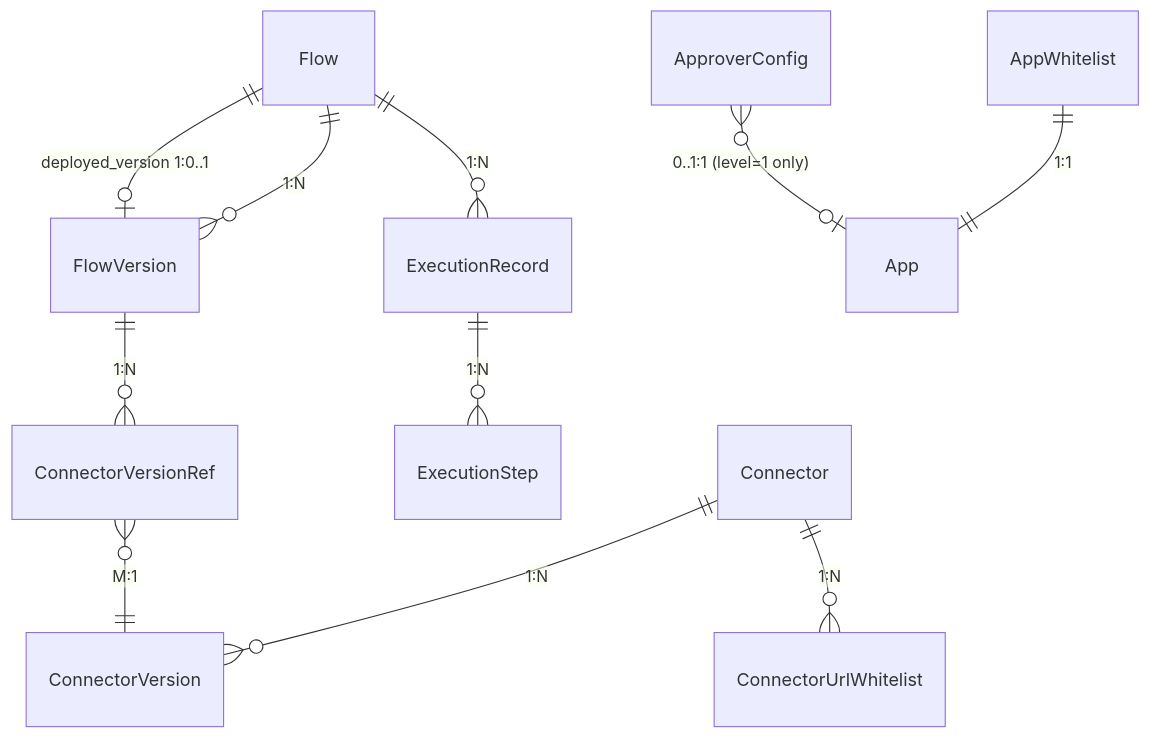
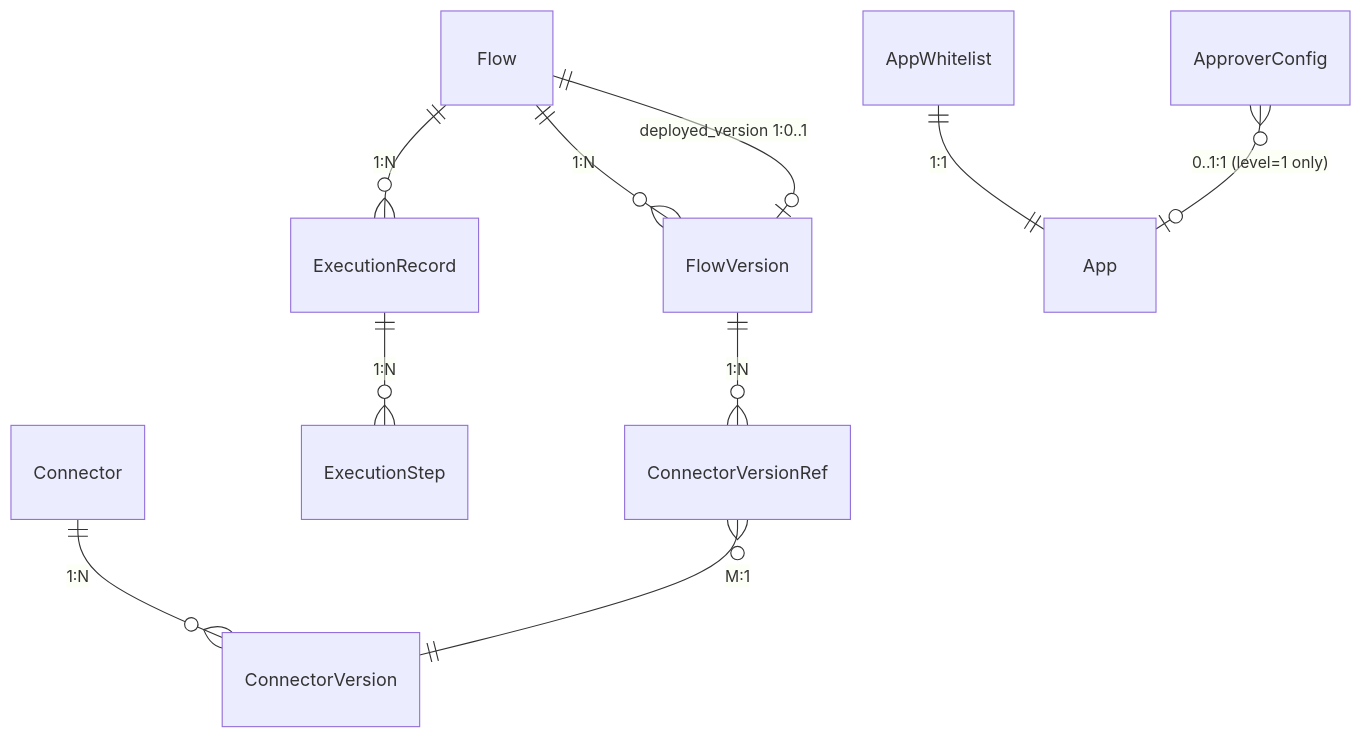
Before and after one commit to THZSummer/open-app: the diagram in .sddu/specs-tree-root/specs-tree-connector-platform-v2/plan-db.md, drawn with Mermaid. The commit also changed other lines of this file and 1 other file, not shown here.

````diff
--- a/.sddu/specs-tree-root/specs-tree-connector-platform-v2/plan-db.md
+++ b/.sddu/specs-tree-root/specs-tree-connector-platform-v2/plan-db.md
@@ -163,13 +162,12 @@
 ```mermaid
 erDiagram
     Connector ||--o{ ConnectorVersion : "1:N"
-    Connector ||--o{ ConnectorUrlWhitelist : "1:N"
     Flow ||--o{ FlowVersion : "1:N"
     Flow ||--o| FlowVersion : "deployed_version 1:0..1"
     Flow ||--o{ ExecutionRecord : "1:N"
     ExecutionRecord ||--o{ ExecutionStep : "1:N"
     FlowVersion ||--o{ ConnectorVersionRef : "1:N"
     ConnectorVersionRef }o--|| ConnectorVersion : "M:1"
     AppWhitelist ||--|| App : "1:1"
     ApproverConfig }o--o| App : "0..1:1 (level=1 only)"
 ```
````
